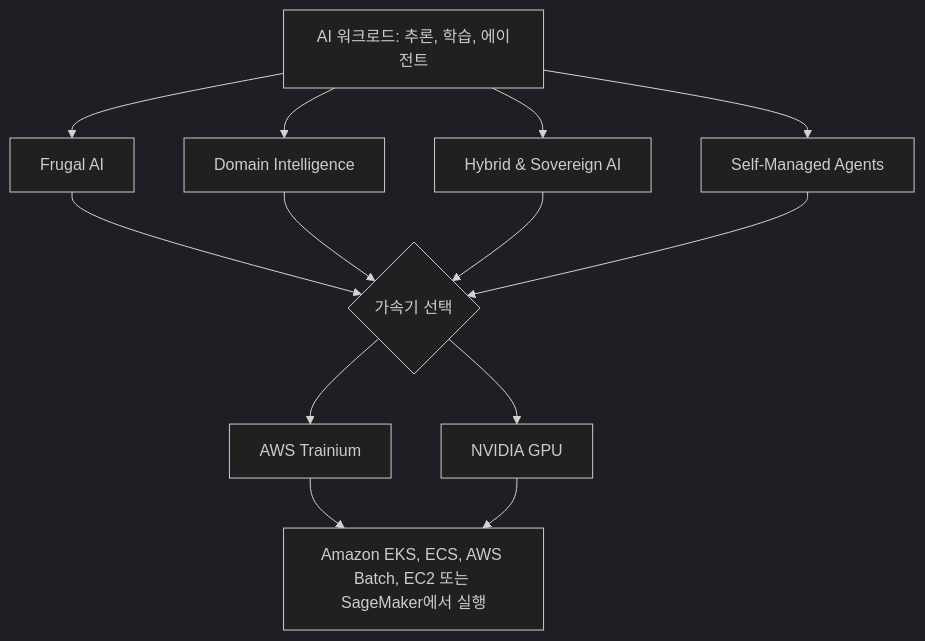
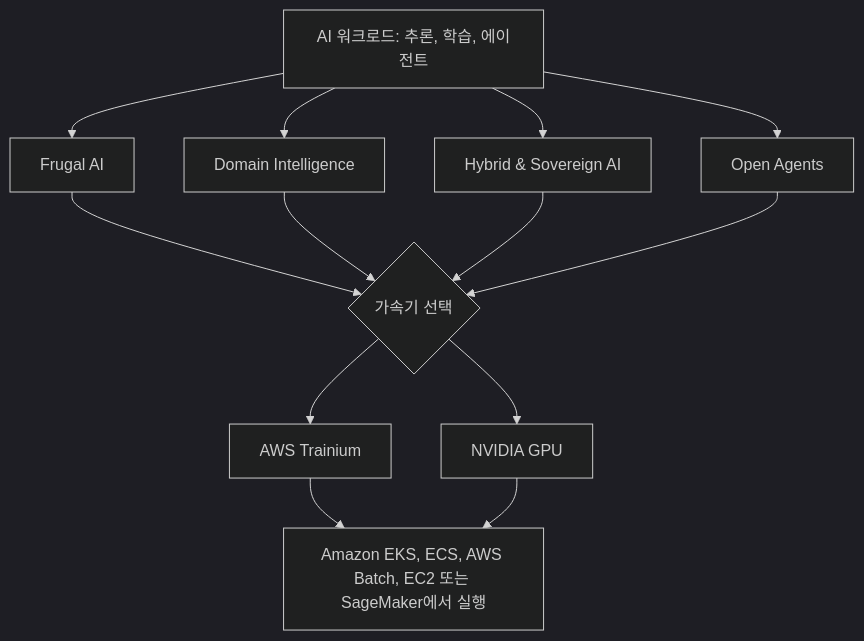
Before and after one commit to awslabs/accelerated-compute-tutorials: the diagram in docs/ko/index.md, drawn with Mermaid (dark theme). The commit also changed other lines of this file and 176 other files, not shown here.

First line of the commit message:
Add Claude Managed Agents on EKS recipe; rename section to Open Agents

````diff
--- a/docs/ko/index.md
+++ b/docs/ko/index.md
@@ -117,15 +117,15 @@
 ```mermaid
 flowchart TD
     W["AI 워크로드: 추론, 학습, 에이전트"] --> F["Frugal AI"]
     W --> D["Domain Intelligence"]
     W --> H["Hybrid & Sovereign AI"]
-    W --> S["Self-Managed Agents"]
+    W --> S["Open Agents"]
     F --> A{"가속기 선택"}
     D --> A
     H --> A
     S --> A
     A --> T["AWS Trainium"]
     A --> G["NVIDIA GPU"]
     T --> R["Amazon EKS, ECS, AWS Batch, EC2 또는 SageMaker에서 실행"]
     G --> R
 ```
````
